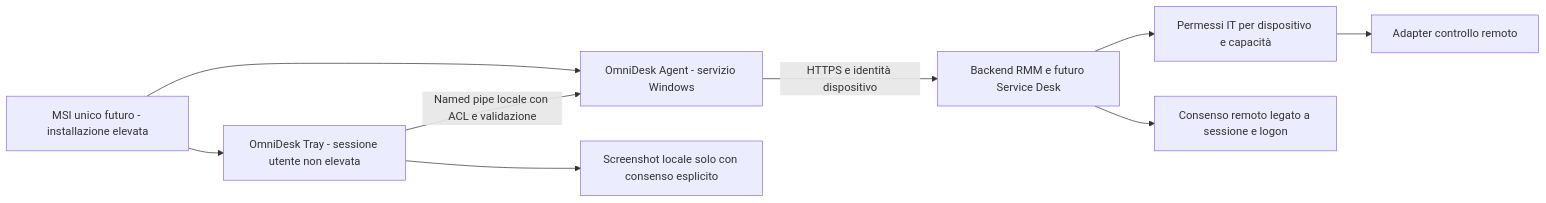
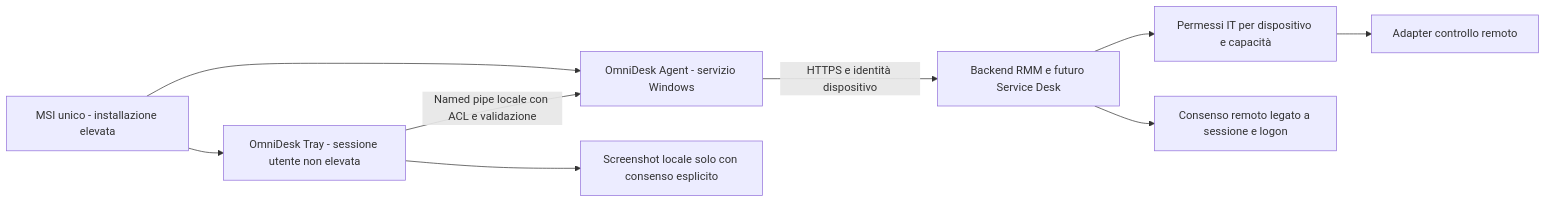
Before and after one commit to ico88/OmniDesk: the third of 3 diagrams in docs/architecture.md, drawn with Mermaid. The commit also changed other lines of this file and 1 other file, not shown here.

Commit message:
docs: mark Windows setup and removal as implemented [skip ci]

````diff
--- a/docs/architecture.md
+++ b/docs/architecture.md
@@ -62,11 +62,11 @@
 ```mermaid
 flowchart LR
- MSI[MSI unico futuro - installazione elevata] --> Agent[OmniDesk Agent - servizio Windows]
+ MSI[MSI unico - installazione elevata] --> Agent[OmniDesk Agent - servizio Windows]
  MSI --> Tray[OmniDesk Tray - sessione utente non elevata]
  Tray -->|Named pipe locale con ACL e validazione| Agent
  Agent -->|HTTPS e identità dispositivo| Backend[Backend RMM e futuro Service Desk]
  Tray --> Capture[Screenshot locale solo con consenso esplicito]
  Backend --> Auth[Permessi IT per dispositivo e capacità]
  Auth --> Remote[Adapter controllo remoto]
  Backend --> Consent[Consenso remoto legato a sessione e logon]
 ```
````
